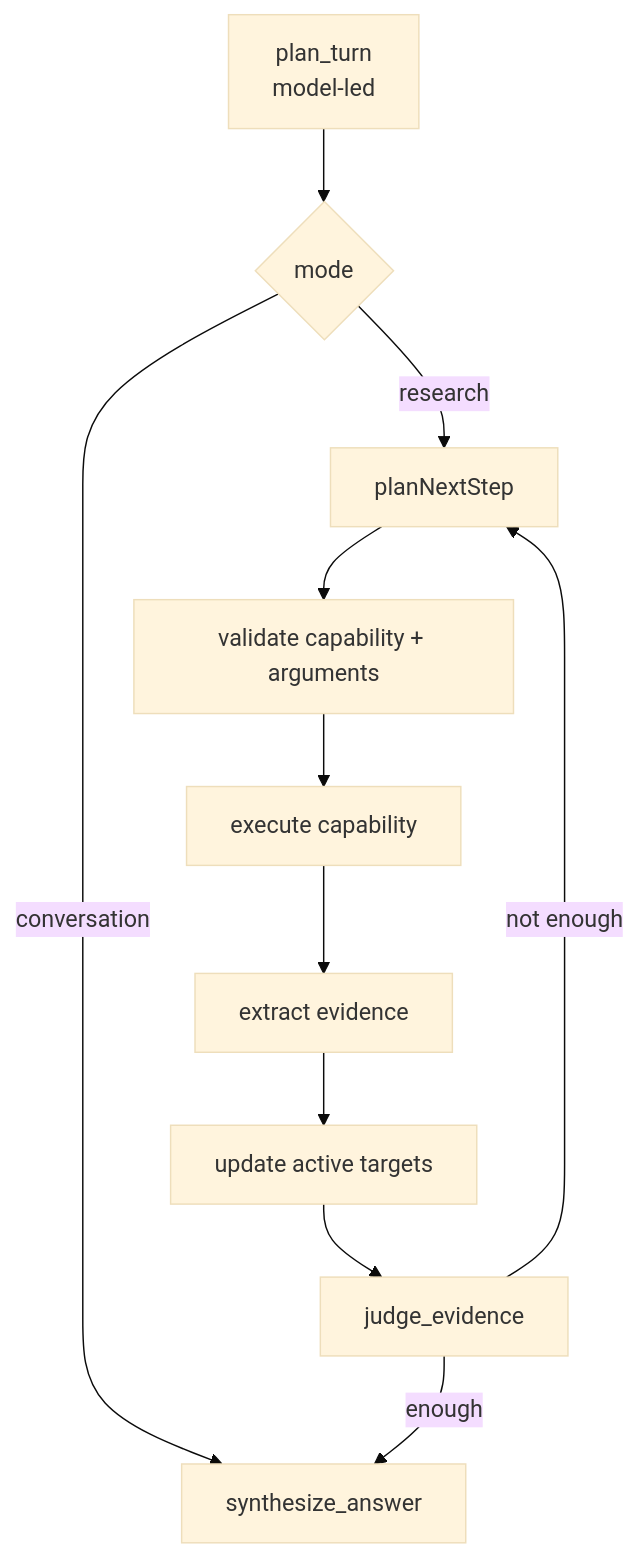
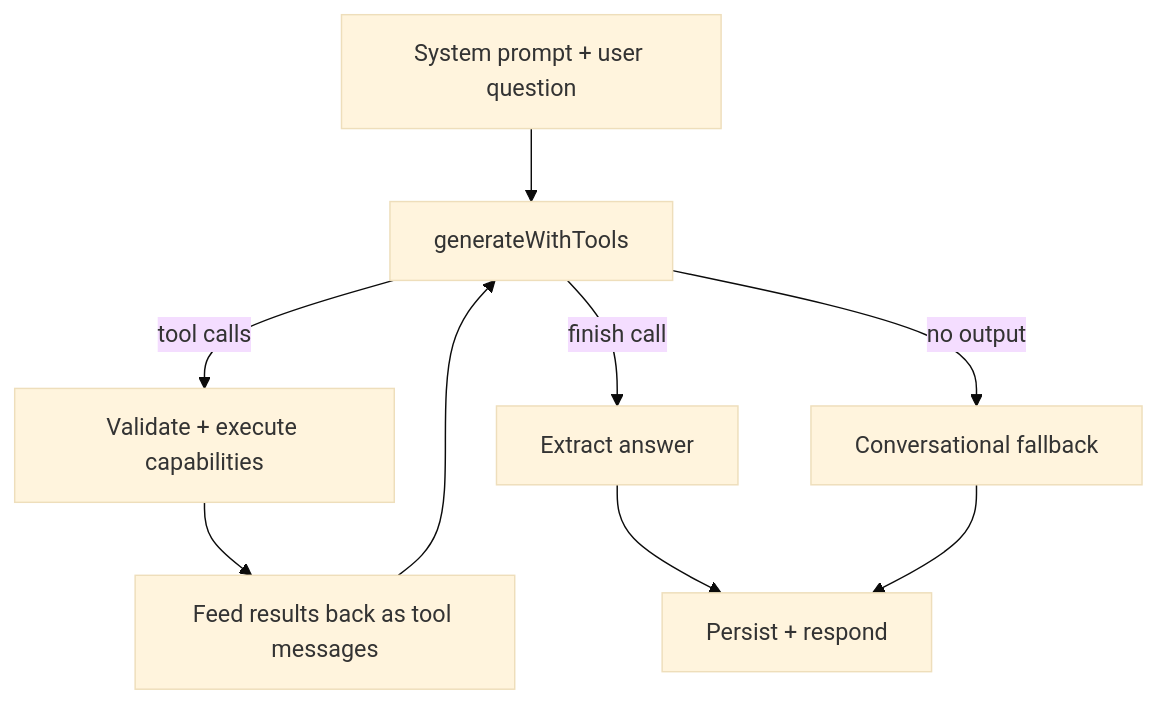
The second of 6 diagrams in docs/how-sophia-works.md (zF4ke/sophia), drawn with Mermaid (base theme) before and after one commit. The commit also changed other lines of this file and 93 other files, not shown here.

First line of the commit message:
major rearchitecture: unified agent loop, forensic retrieval, debug panel, and runtime improvements

````diff
--- a/docs/how-sophia-works.md
+++ b/docs/how-sophia-works.md
@@ -128,13 +124,11 @@
 ```mermaid
 flowchart TD
-    A[plan_turn\nmodel-led] --> B{mode}
-    B -->|conversation| C[synthesize_answer]
-    B -->|research| D[planNextStep]
-    D --> E[validate capability + arguments]
-    E --> F[execute capability]
-    F --> G[extract evidence]
-    G --> H[update active targets]
-    H --> I[judge_evidence]
-    I -->|enough| C
-    I -->|not enough| D
+    A[System prompt + user question] --> B[generateWithTools]
+    B -->|tool calls| C[Validate + execute capabilities]
+    C --> D[Feed results back as tool messages]
+    D --> B
+    B -->|finish call| E[Extract answer]
+    B -->|no output| F[Conversational fallback]
+    E --> G[Persist + respond]
+    F --> G
 ```
````
